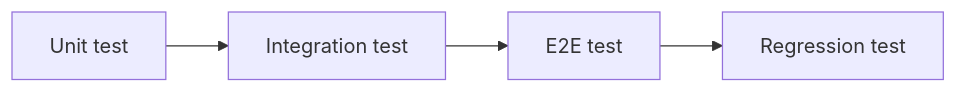
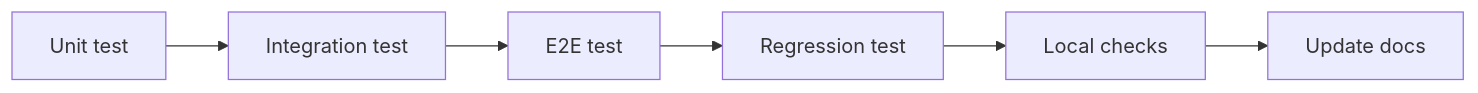
Before and after one commit to rkristelijn/llama-cli: the fourth of 5 diagrams in docs/adr-003-v-model-workflow.md, drawn with Mermaid. The commit also changed other lines of this file, not shown here.

Commit message:
docs: move local checks and update docs to verify, remove refactor step

````diff
--- a/docs/adr-003-v-model-workflow.md
+++ b/docs/adr-003-v-model-workflow.md
@@ -34,6 +34,8 @@
 ```mermaid
 graph LR
     F[Unit test] --> G[Integration test]
     G --> H[E2E test]
     H --> I[Regression test]
+    I --> J[Local checks]
+    J --> K[Update docs]
 ```
````
